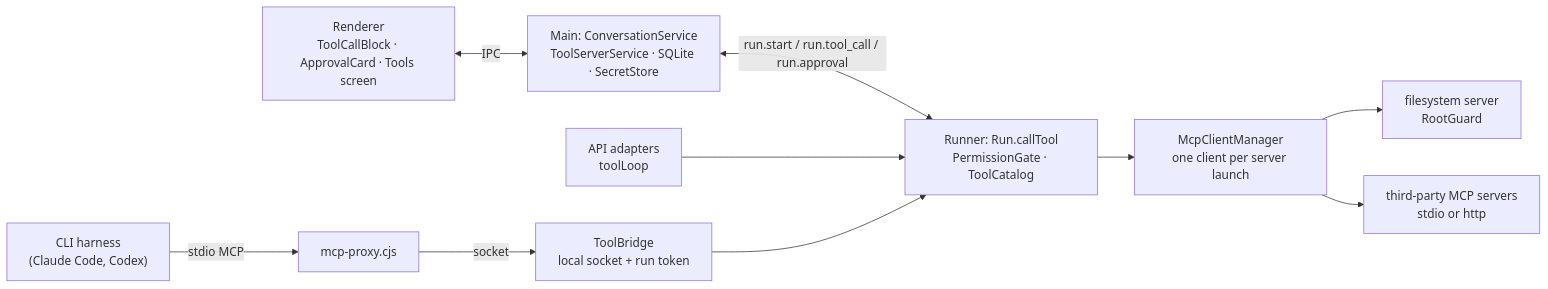
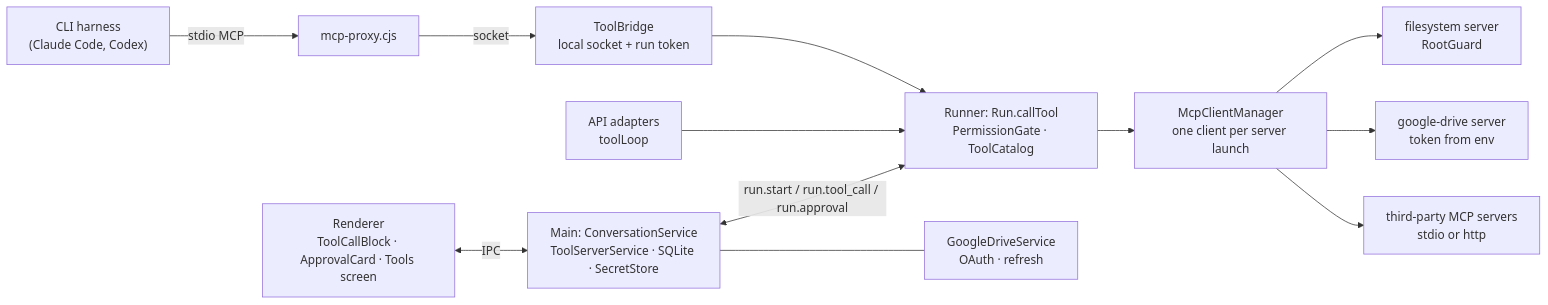
Before and after one commit to comitiva-dev/comitiva: the diagram in docs/tools.md, drawn with Mermaid. The commit also changed other lines of this file and 7 other files, not shown here.

Commit message:
docs: Phase 5b status, Google Drive guide, ADR 0010 on the Drive server and OAuth

````diff
--- a/docs/tools.md
+++ b/docs/tools.md
@@ -7,20 +7,24 @@
 ```mermaid
 flowchart LR
   UI["Renderer<br/>ToolCallBlock · ApprovalCard · Tools screen"]
   CS["Main: ConversationService<br/>ToolServerService · SQLite · SecretStore"]
   RUN["Runner: Run.callTool<br/>PermissionGate · ToolCatalog"]
   MGR["McpClientManager<br/>one client per server launch"]
   FS["filesystem server<br/>RootGuard"]
+  GD["google-drive server<br/>token from env"]
+  G["GoogleDriveService<br/>OAuth · refresh"]
   EXT["third-party MCP servers<br/>stdio or http"]
   API["API adapters<br/>toolLoop"]
   H["CLI harness<br/>(Claude Code, Codex)"]
   P["mcp-proxy.cjs"]
   B["ToolBridge<br/>local socket + run token"]
 
   UI <-- IPC --> CS
   CS <-- "run.start / run.tool_call / run.approval" --> RUN
   API --> RUN
   H -- stdio MCP --> P -- socket --> B --> RUN
   RUN --> MGR --> FS
+  MGR --> GD
   MGR --> EXT
+  CS --- G
 ```
````
